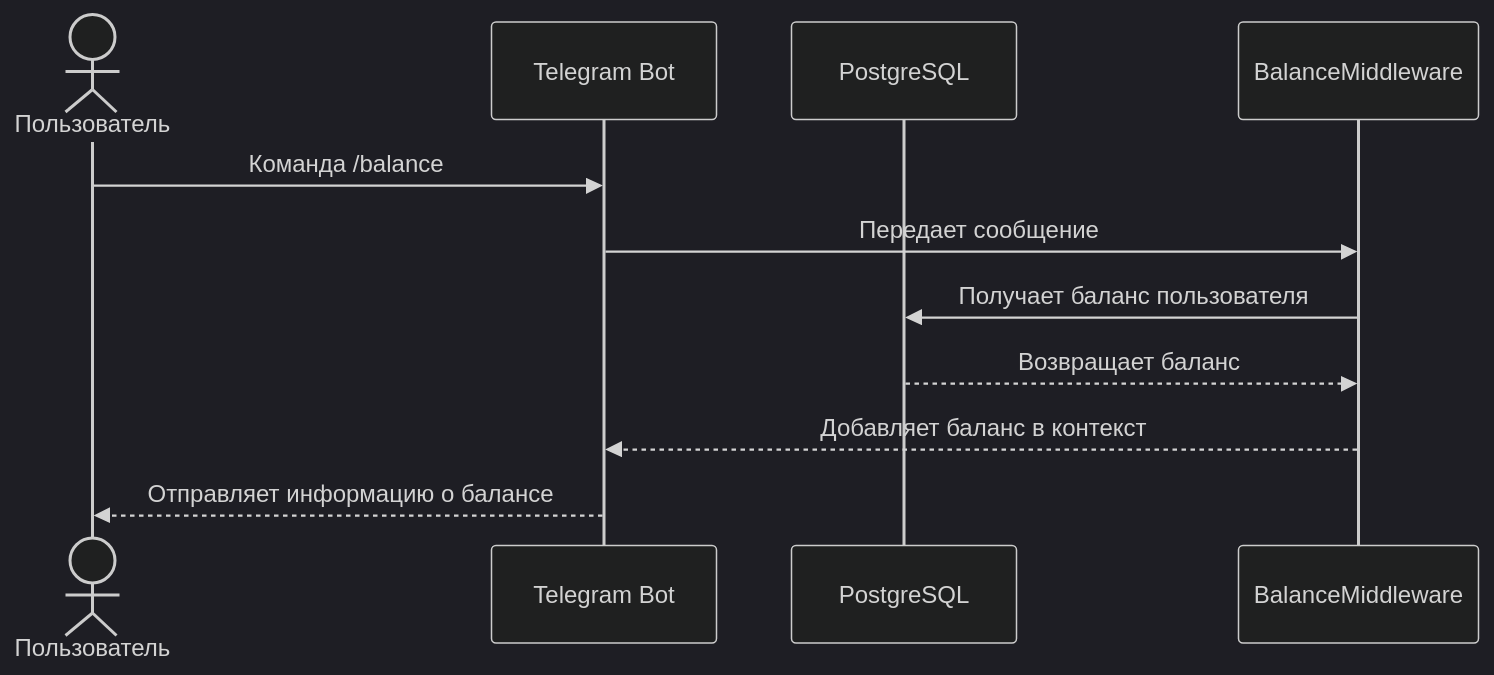
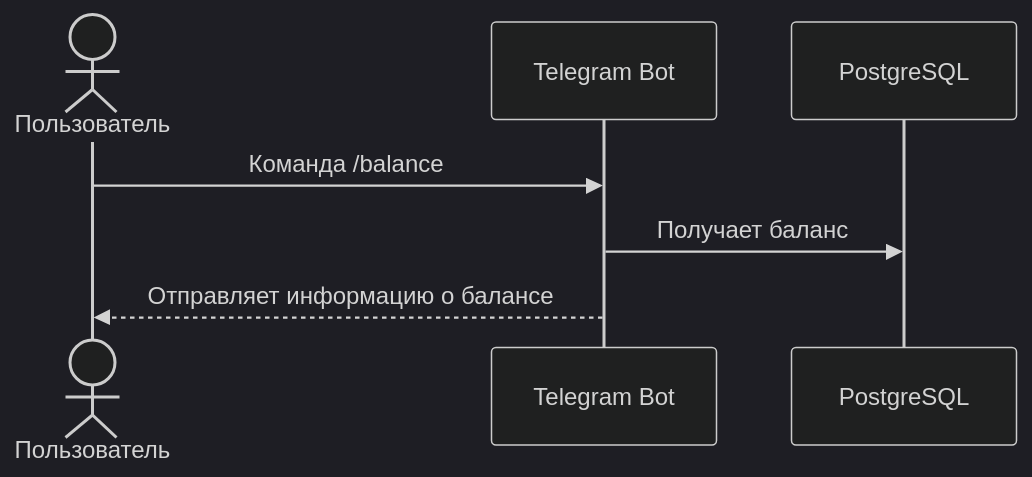
The fifth of 6 diagrams in DETAILS.md (naumtsevalex/python_ml_billing_service), drawn with Mermaid (dark theme) before and after one commit. The commit also changed other lines of this file, not shown here.

````diff
--- a/DETAILS.md
+++ b/DETAILS.md
@@ -338,14 +317,10 @@
 ```mermaid
 sequenceDiagram
     actor User as Пользователь
     participant Bot as Telegram Bot
     participant DB as PostgreSQL
-    participant Middleware as BalanceMiddleware
 
     User->>Bot: Команда /balance
-    Bot->>Middleware: Передает сообщение
-    Middleware->>DB: Получает баланс пользователя
-    DB-->>Middleware: Возвращает баланс
-    Middleware-->>Bot: Добавляет баланс в контекст
+    Bot->>DB: Получает баланс
     Bot-->>User: Отправляет информацию о балансе
 ```
````
